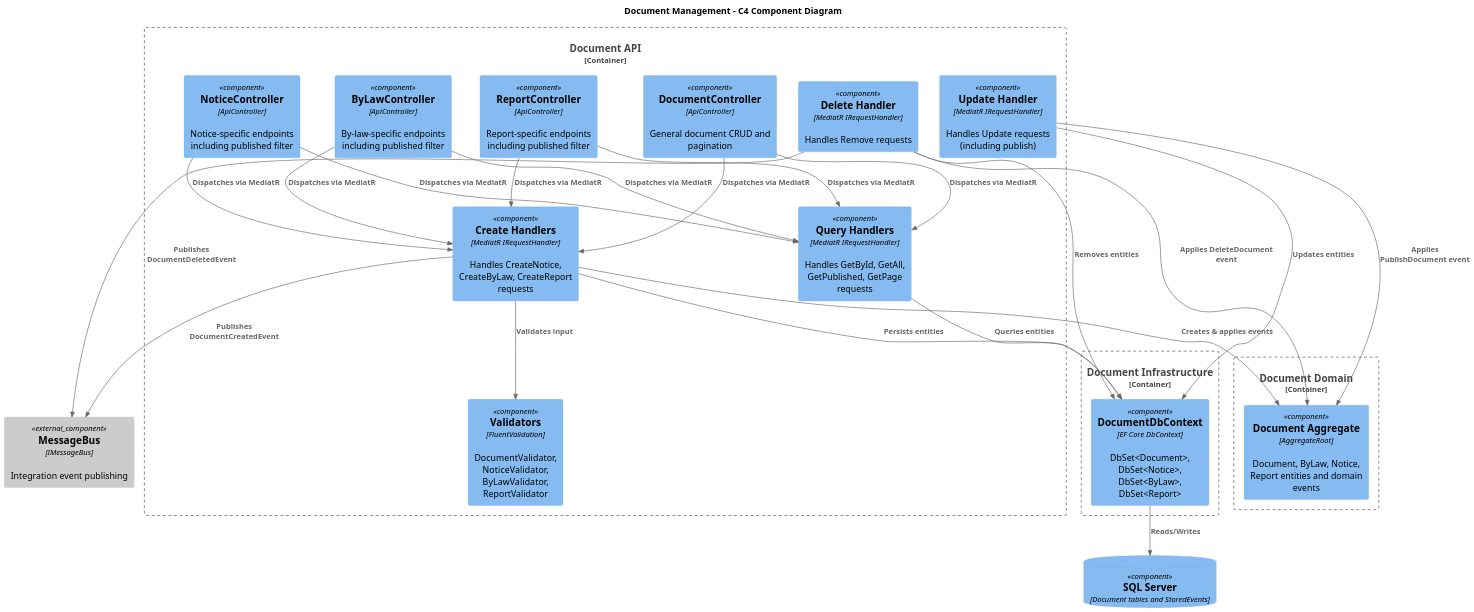
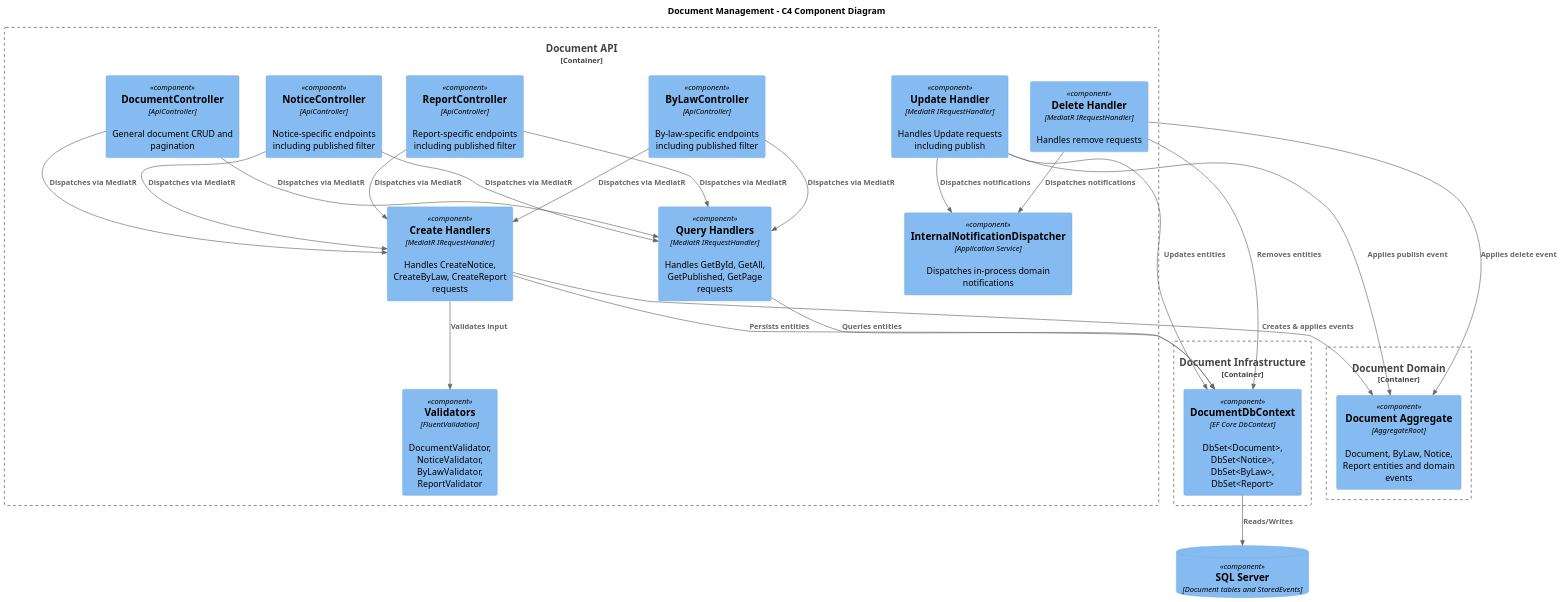
One commit to QuinntyneBrown/Coop changed the diagram in docs/detailed-designs/06-document-management/c4-component.puml. Above: the diagram before and after it, drawn with PlantUML. The commit also changed 7 other files, not shown here.

Commit message:
Update PlantUML diagrams for profile and document management

```diff
--- a/docs/detailed-designs/06-document-management/c4-component.puml
+++ b/docs/detailed-designs/06-document-management/c4-component.puml
@@ -1,58 +1,57 @@
 @startuml
 !include https://raw.githubusercontent.com/plantuml-stdlib/C4-PlantUML/master/C4_Component.puml
 
 skinparam dpi 150
 skinparam pageMargin 10
 
 title Document Management - C4 Component Diagram
 
 Container_Boundary(api, "Document API") {
 
   Component(docCtrl, "DocumentController", "ApiController", "General document CRUD and pagination")
   Component(noticeCtrl, "NoticeController", "ApiController", "Notice-specific endpoints including published filter")
   Component(bylawCtrl, "ByLawController", "ApiController", "By-law-specific endpoints including published filter")
   Component(reportCtrl, "ReportController", "ApiController", "Report-specific endpoints including published filter")
 
   Component(createHandler, "Create Handlers", "MediatR IRequestHandler", "Handles CreateNotice, CreateByLaw, CreateReport requests")
   Component(queryHandler, "Query Handlers", "MediatR IRequestHandler", "Handles GetById, GetAll, GetPublished, GetPage requests")
-  Component(updateHandler, "Update Handler", "MediatR IRequestHandler", "Handles Update requests (including publish)")
-  Component(deleteHandler, "Delete Handler", "MediatR IRequestHandler", "Handles Remove requests")
-
+  Component(updateHandler, "Update Handler", "MediatR IRequestHandler", "Handles Update requests including publish")
+  Component(deleteHandler, "Delete Handler", "MediatR IRequestHandler", "Handles remove requests")
   Component(validators, "Validators", "FluentValidation", "DocumentValidator, NoticeValidator, ByLawValidator, ReportValidator")
+  Component(dispatcher, "InternalNotificationDispatcher", "Application Service", "Dispatches in-process domain notifications")
 }
 
 Container_Boundary(domainLayer, "Document Domain") {
   Component(docAggregate, "Document Aggregate", "AggregateRoot", "Document, ByLaw, Notice, Report entities and domain events")
 }
 
 Container_Boundary(infraLayer, "Document Infrastructure") {
   Component(dbContext, "DocumentDbContext", "EF Core DbContext", "DbSet<Document>, DbSet<Notice>, DbSet<ByLaw>, DbSet<Report>")
 }
 
 ComponentDb(db, "SQL Server", "Document tables and StoredEvents")
-Component_Ext(messageBus, "MessageBus", "IMessageBus", "Integration event publishing")
 
 Rel(docCtrl, createHandler, "Dispatches via MediatR")
 Rel(docCtrl, queryHandler, "Dispatches via MediatR")
 Rel(noticeCtrl, createHandler, "Dispatches via MediatR")
 Rel(noticeCtrl, queryHandler, "Dispatches via MediatR")
 Rel(bylawCtrl, createHandler, "Dispatches via MediatR")
 Rel(bylawCtrl, queryHandler, "Dispatches via MediatR")
 Rel(reportCtrl, createHandler, "Dispatches via MediatR")
 Rel(reportCtrl, queryHandler, "Dispatches via MediatR")
 
 Rel(createHandler, docAggregate, "Creates & applies events")
-Rel(updateHandler, docAggregate, "Applies PublishDocument event")
-Rel(deleteHandler, docAggregate, "Applies DeleteDocument event")
+Rel(updateHandler, docAggregate, "Applies publish event")
+Rel(deleteHandler, docAggregate, "Applies delete event")
 Rel(createHandler, validators, "Validates input")
 
 Rel(createHandler, dbContext, "Persists entities")
 Rel(queryHandler, dbContext, "Queries entities")
 Rel(updateHandler, dbContext, "Updates entities")
 Rel(deleteHandler, dbContext, "Removes entities")
+Rel(updateHandler, dispatcher, "Dispatches notifications")
+Rel(deleteHandler, dispatcher, "Dispatches notifications")
 
 Rel(dbContext, db, "Reads/Writes")
-Rel(createHandler, messageBus, "Publishes DocumentCreatedEvent")
-Rel(deleteHandler, messageBus, "Publishes DocumentDeletedEvent")
 
 @enduml
```
